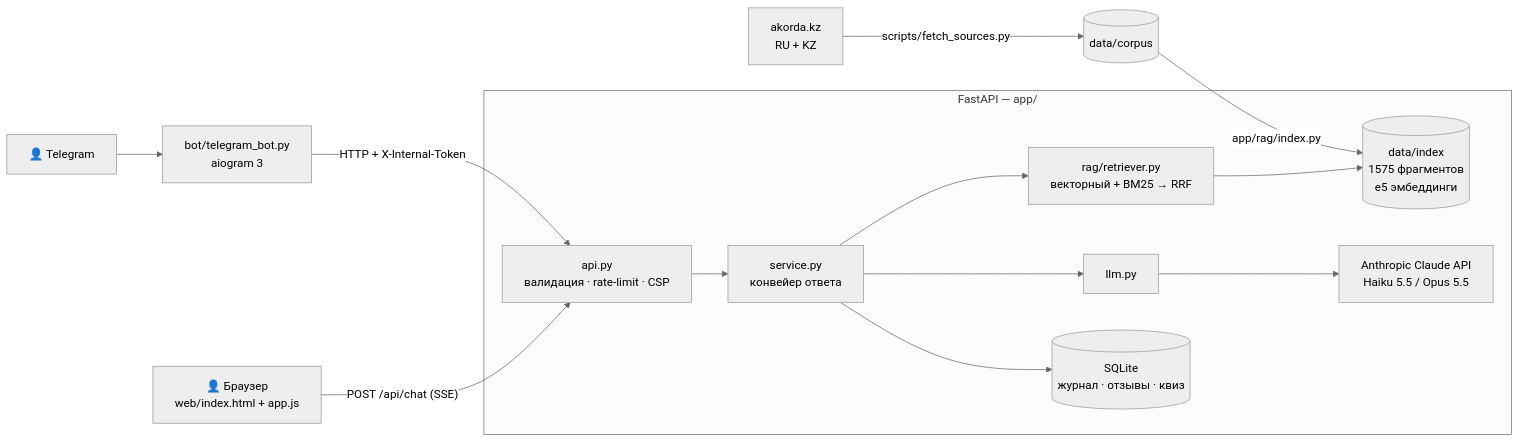
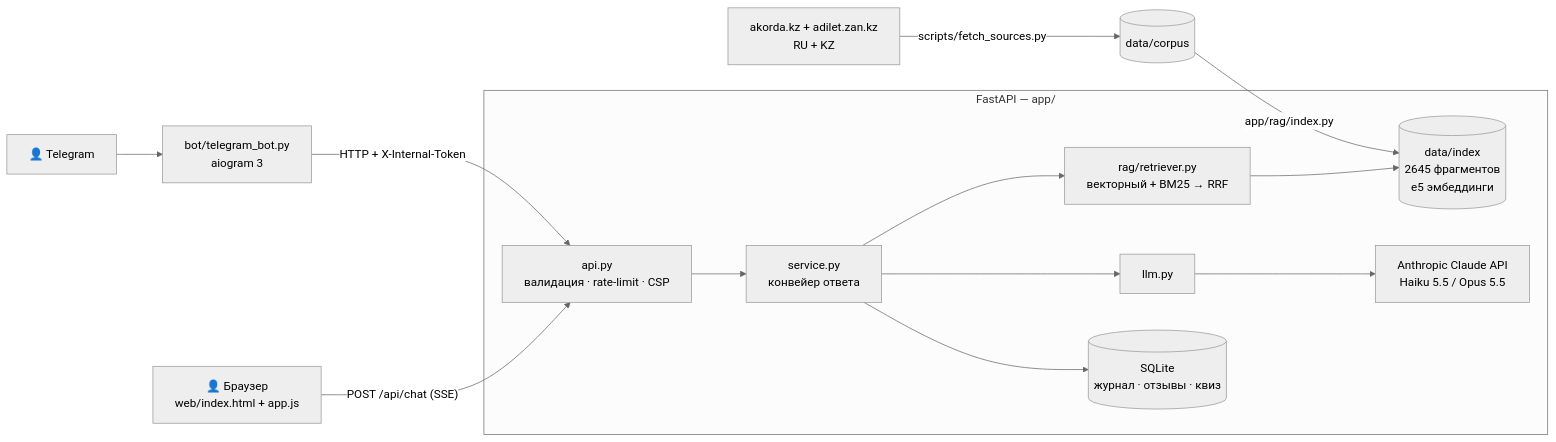
Before and after one commit to miras05/adal-kenesshi: the diagram in README.md, drawn with Mermaid (neutral theme). The commit also changed other lines of this file and 28 other files, not shown here.

````diff
--- a/README.md
+++ b/README.md
@@ -57,13 +57,13 @@
 ```mermaid
 flowchart LR
     U1[👤 Браузер<br/>web/index.html + app.js] -- "POST /api/chat (SSE)" --> API
     U2[👤 Telegram] --> TG[bot/telegram_bot.py<br/>aiogram 3] -- "HTTP + X-Internal-Token" --> API
     subgraph Backend [FastAPI — app/]
       API[api.py<br/>валидация · rate-limit · CSP] --> S[service.py<br/>конвейер ответа]
       S --> R[rag/retriever.py<br/>векторный + BM25 → RRF]
-      R --> IDX[(data/index<br/>1575 фрагментов<br/>e5 эмбеддинги)]
+      R --> IDX[(data/index<br/>2645 фрагментов<br/>e5 эмбеддинги)]
       S --> L[llm.py] --> C[Anthropic Claude API<br/>Haiku 5.5 / Opus 5.5]
       S --> DB[(SQLite<br/>журнал · отзывы · квиз)]
     end
-    SRC[akorda.kz<br/>RU + KZ] -- scripts/fetch_sources.py --> CORPUS[(data/corpus)] -- "app/rag/index.py" --> IDX
+    SRC[akorda.kz + adilet.zan.kz<br/>RU + KZ] -- scripts/fetch_sources.py --> CORPUS[(data/corpus)] -- "app/rag/index.py" --> IDX
 ```
````
